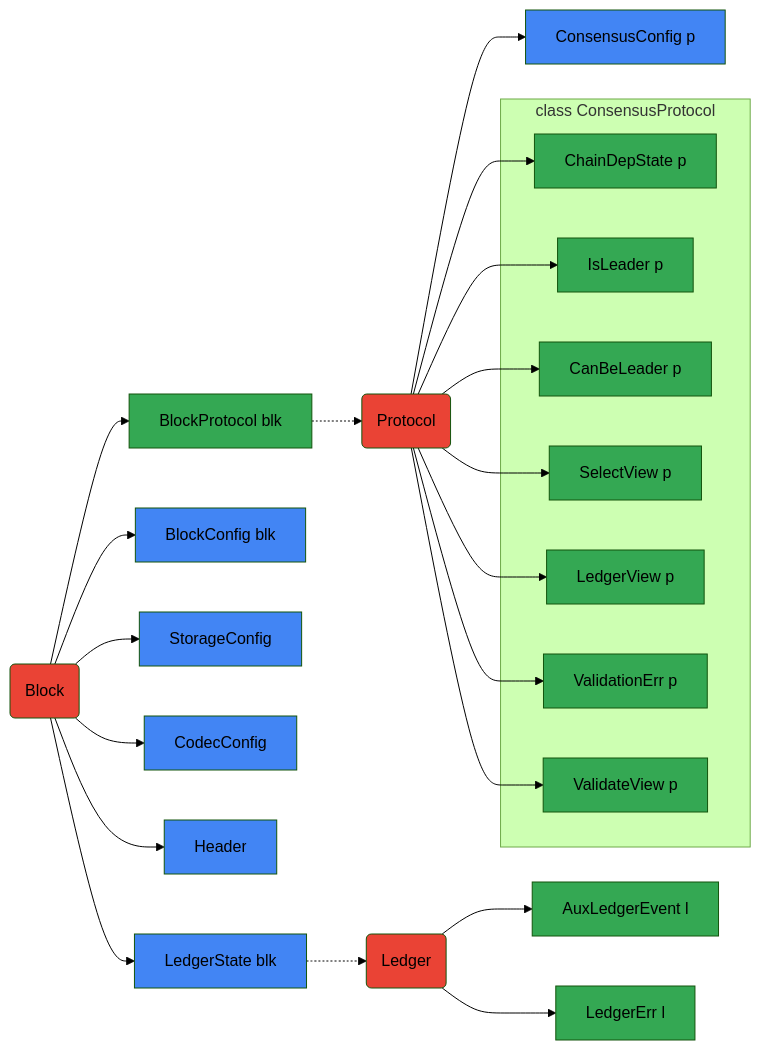
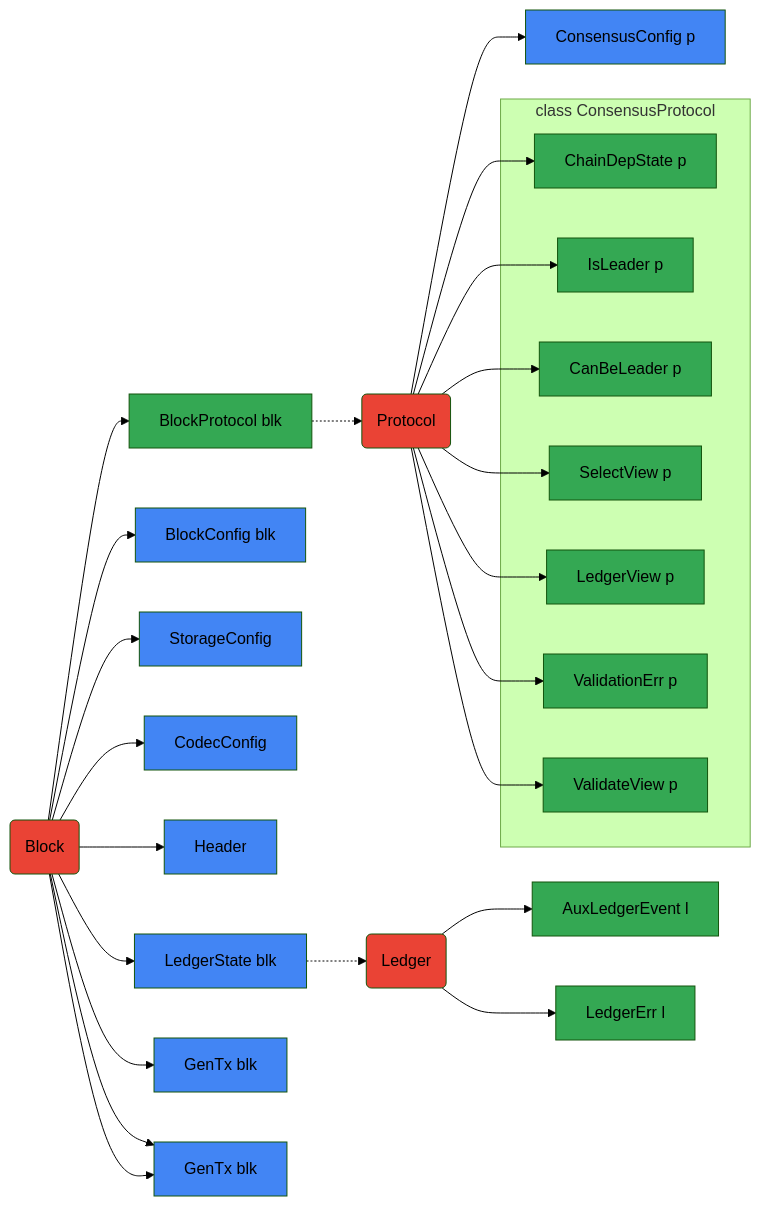
Before and after one commit to IntersectMBO/ouroboros-network: the second of 2 diagrams in newdocs/test.md, drawn with Mermaid (forest theme). The commit also changed 1 other file, not shown here.

Commit message:
Minor changes

````diff
--- a/newdocs/test.md
+++ b/newdocs/test.md
@@ -12,49 +12,55 @@
 ```mermaid
 flowchart LR;
 
   classDef df fill:#4285F4, border:10px;
   classDef tf fill:#34A853;
   classDef kind fill:#EA4335;
 
   Block(Block)-->BlockProtocol[BlockProtocol blk]; class Block kind;
   click Block "https://github.com/input-output-hk/ouroboros-network/blob/master/ouroboros-consensus/src/Ouroboros/Consensus/Block/Abstract.hs"
   Block-->BlockConfig[BlockConfig blk]; class BlockConfig df
   BlockProtocol[BlockProtocol blk]-.->Protocol(Protocol); class BlockProtocol tf;
   click BlockProtocol "https://github.com/input-output-hk/ouroboros-network/blob/master/ouroboros-consensus/src/Ouroboros/Consensus/Block/Abstract.hs"
   click BlockProtocol "https://github.com/input-output-hk/ouroboros-network/blob/master/ouroboros-consensus/src/Ouroboros/Consensus/Block/Abstract.hs"
   click BlockConfig "https://github.com/input-output-hk/ouroboros-network/blob/master/ouroboros-consensus/src/Ouroboros/Consensus/Block/Abstract.hs"
   Block-->StorageConfig; class StorageConfig df
   click StorageConfig "https://github.com/input-output-hk/ouroboros-network/blob/master/ouroboros-consensus/src/Ouroboros/Consensus/Block/Abstract.hs"
   Block-->CodecConfig; class CodecConfig df
   click CodecConfig "https://github.com/input-output-hk/ouroboros-network/blob/master/ouroboros-consensus/src/Ouroboros/Consensus/Block/Abstract.hs"
   Block-->Header; class Header df
   click Header "https://github.com/input-output-hk/ouroboros-network/blob/master/ouroboros-consensus/src/Ouroboros/Consensus/Block/Abstract.hs"
   Ledger(Ledger); class Ledger kind
   click Ledger "https://github.com/input-output-hk/ouroboros-network/blob/master/ouroboros-consensus/src/Ouroboros/Consensus/Ledger/Abstract.hs"
   Block-->LedgerState[LedgerState blk]; class LedgerState df;
   click LedgerState "https://github.com/input-output-hk/ouroboros-network/blob/master/ouroboros-consensus/src/Ouroboros/Consensus/Ledger/Basics.hs"
+
+  Block-->GenTx[GenTx blk]; class GenTx df
+  click GenTx "https://github.com/input-output-hk/ouroboros-network/blob/master/ouroboros-consensus/src/Ouroboros/Consensus/Ledger/SupportsMemPool.hs"
+  Block-->ApplyTxErr[GenTx blk]; class ApplyTxErr df
+  click ApplyTxErr "https://github.com/input-output-hk/ouroboros-network/blob/master/ouroboros-consensus/src/Ouroboros/Consensus/Ledger/SupportsMemPool.hs"
+  Block-->ApplyTxErr[GenTx blk]; class ApplyTxErr df
   LedgerState-.->Ledger
   Ledger-->AuxLedgerEvent[AuxLedgerEvent l]; class AuxLedgerEvent tf
   Ledger-->LedgerErr[LedgerErr l]; class LedgerErr tf
 
   Protocol(Protocol); class Protocol kind
   ConsensusConfig; class ConsensusConfig df
   Protocol-->ConsensusConfig[ConsensusConfig p];
   subgraph ConsensusProtocol[class ConsensusProtocol]
     ChainDepState[ChainDepState p]; class ChainDepState tf
     IsLeader[IsLeader p]; class IsLeader tf
     CanBeLeader[CanBeLeader p]; class CanBeLeader tf
     SelectView[SelectView p]; class SelectView tf
     LedgerView[LedgerView p]; class LedgerView tf
     ValidationErr[ValidationErr p]; class ValidationErr tf
     ValidateView[ValidateView p]; class ValidateView tf
   end
   Protocol-->ChainDepState
   Protocol-->IsLeader[IsLeader p]
   Protocol-->CanBeLeader[CanBeLeader p]
   Protocol-->SelectView[SelectView p]
   Protocol-->LedgerView[LedgerView p]
   Protocol-->ValidationErr[ValidationErr p]
   Protocol-->ValidateView[ValidateView p]
 
 ```
````
